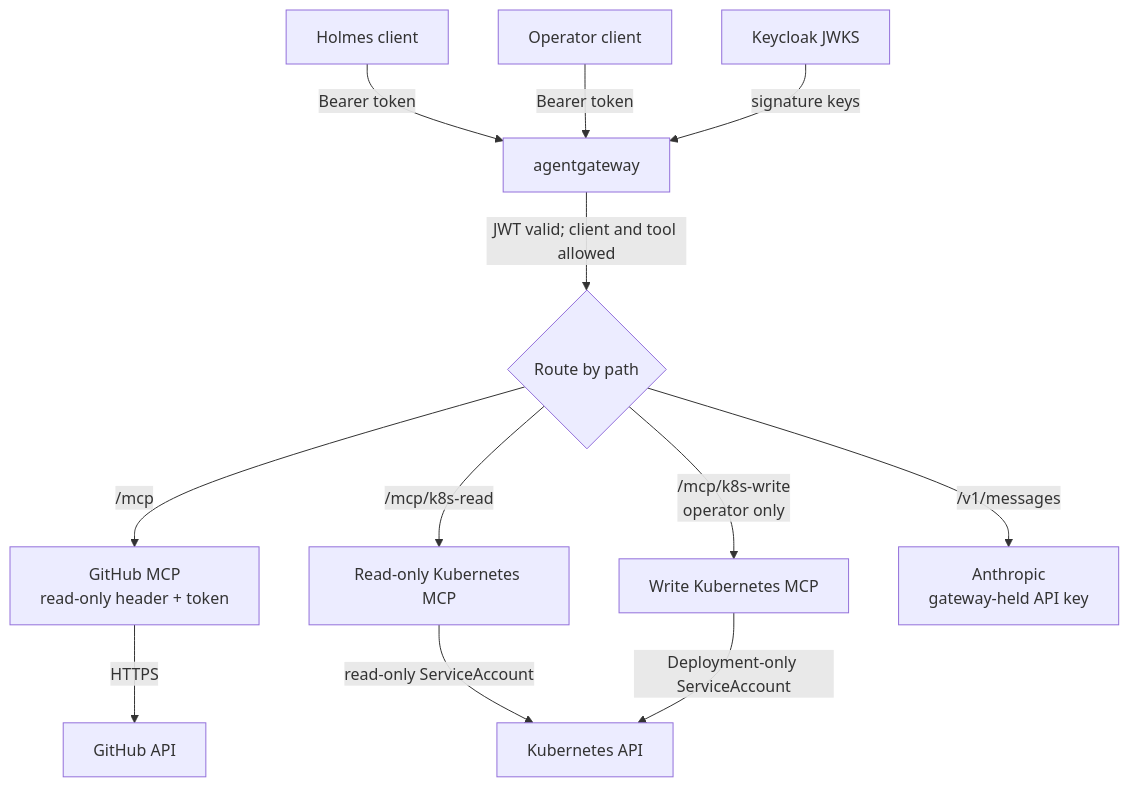
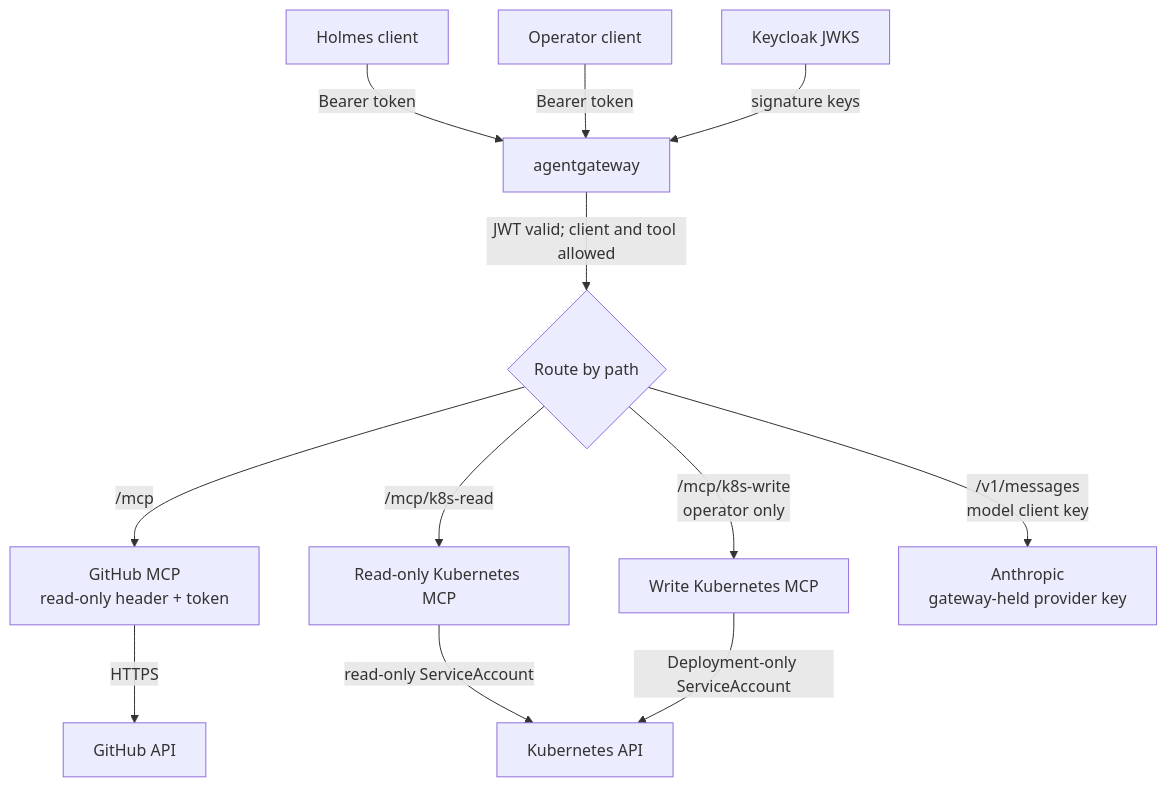
One commit to fsclyde/kubernetes-sre-security-lab changed the second of 2 diagrams in docs/setup.md. Above: the diagram before and after it, drawn with Mermaid. The commit also changed other lines of this file, not shown here.

````diff
--- a/docs/setup.md
+++ b/docs/setup.md
@@ -151,14 +151,14 @@
 ```mermaid
 flowchart TD
     H[Holmes client] -->|Bearer token| G[agentgateway]
     O[Operator client] -->|Bearer token| G
     K[Keycloak JWKS] -->|signature keys| G
     G -->|JWT valid; client and tool allowed| R{Route by path}
     R -->|/mcp| GH[GitHub MCP<br/>read-only header + token]
     R -->|/mcp/k8s-read| KR[Read-only Kubernetes MCP]
     R -->|/mcp/k8s-write<br/>operator only| KW[Write Kubernetes MCP]
-    R -->|/v1/messages| A[Anthropic<br/>gateway-held API key]
+    R -->|/v1/messages<br/>model client key| A[Anthropic<br/>gateway-held provider key]
     KR -->|read-only ServiceAccount| API[Kubernetes API]
     KW -->|Deployment-only ServiceAccount| API
     GH -->|HTTPS| GHA[GitHub API]
 ```
````
